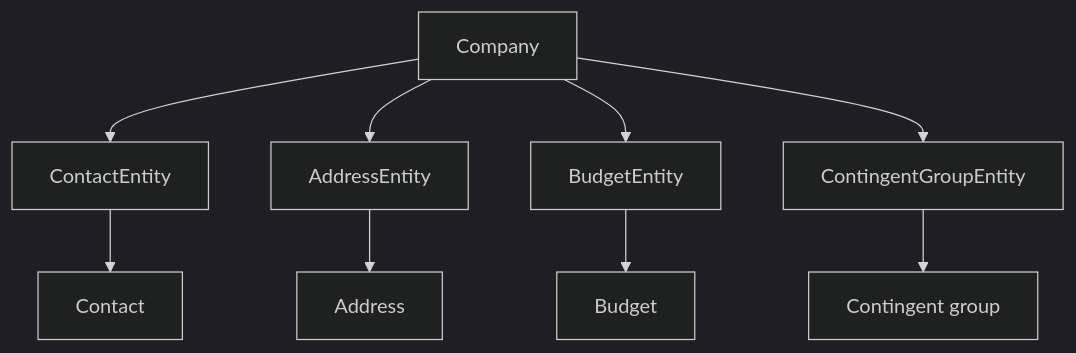
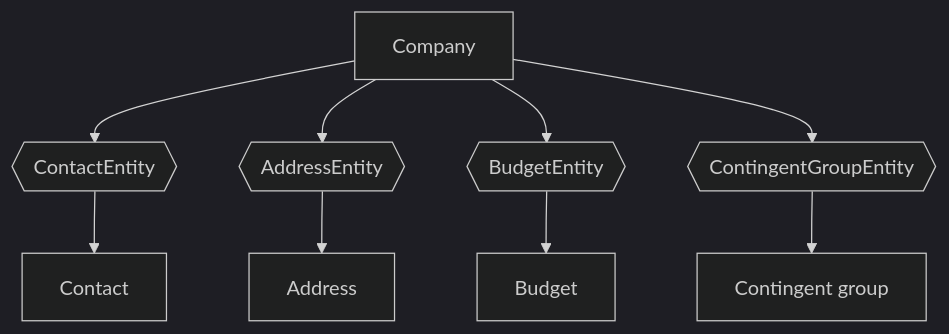
The diagram in products/extensions/b2b-suite/guides/storefront/company.md (shopware/docs), drawn with Mermaid (dark theme) before and after one commit. The commit also changed 11 other files, not shown here.

````diff
--- a/products/extensions/b2b-suite/guides/storefront/company.md
+++ b/products/extensions/b2b-suite/guides/storefront/company.md
@@ -12,11 +12,11 @@
 ```mermaid
 flowchart TD
-    A[Company] -->B[ContactEntity]
-    A --> C[AddressEntity]
-    A --> D[BudgetEntity]
-    A --> E[ContingentGroupEntity]
+    A[Company] -->B{{ContactEntity}}
+    A --> C{{AddressEntity}}
+    A --> D{{BudgetEntity}}
+    A --> E{{ContingentGroupEntity}}
     B --> F[Contact]
     C --> G[Address]
     D --> H[Budget]
     E --> I[Contingent group]
 ```
````
